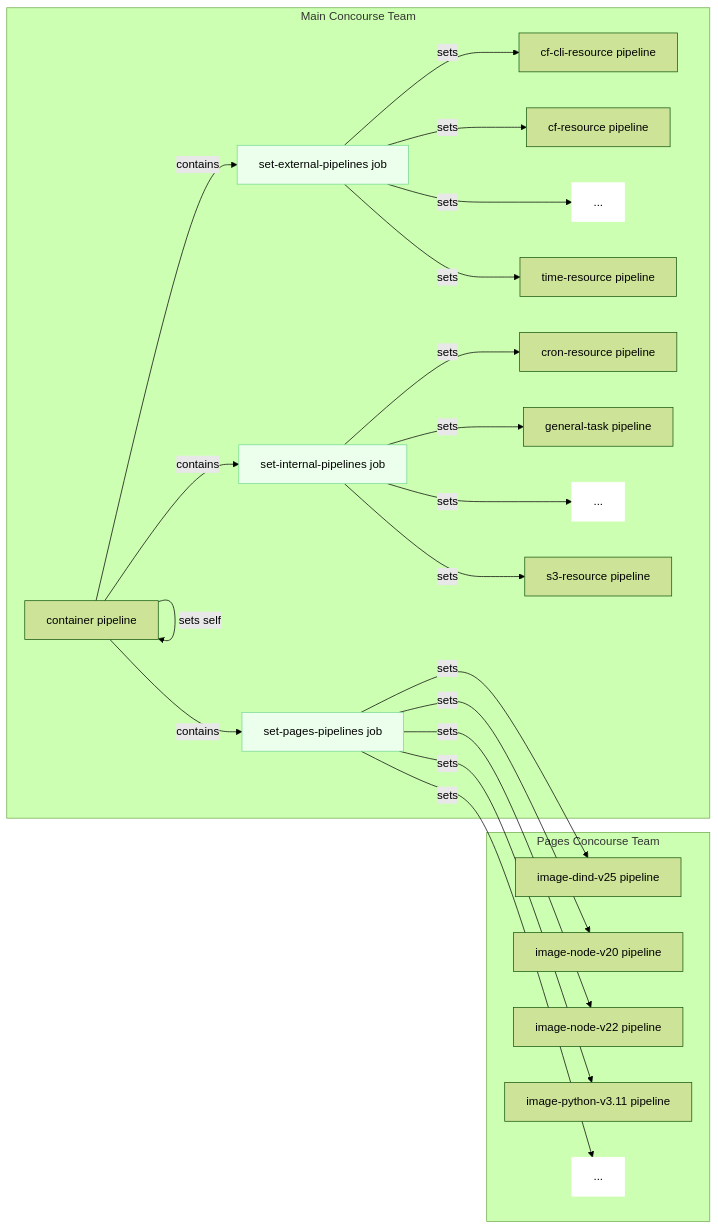
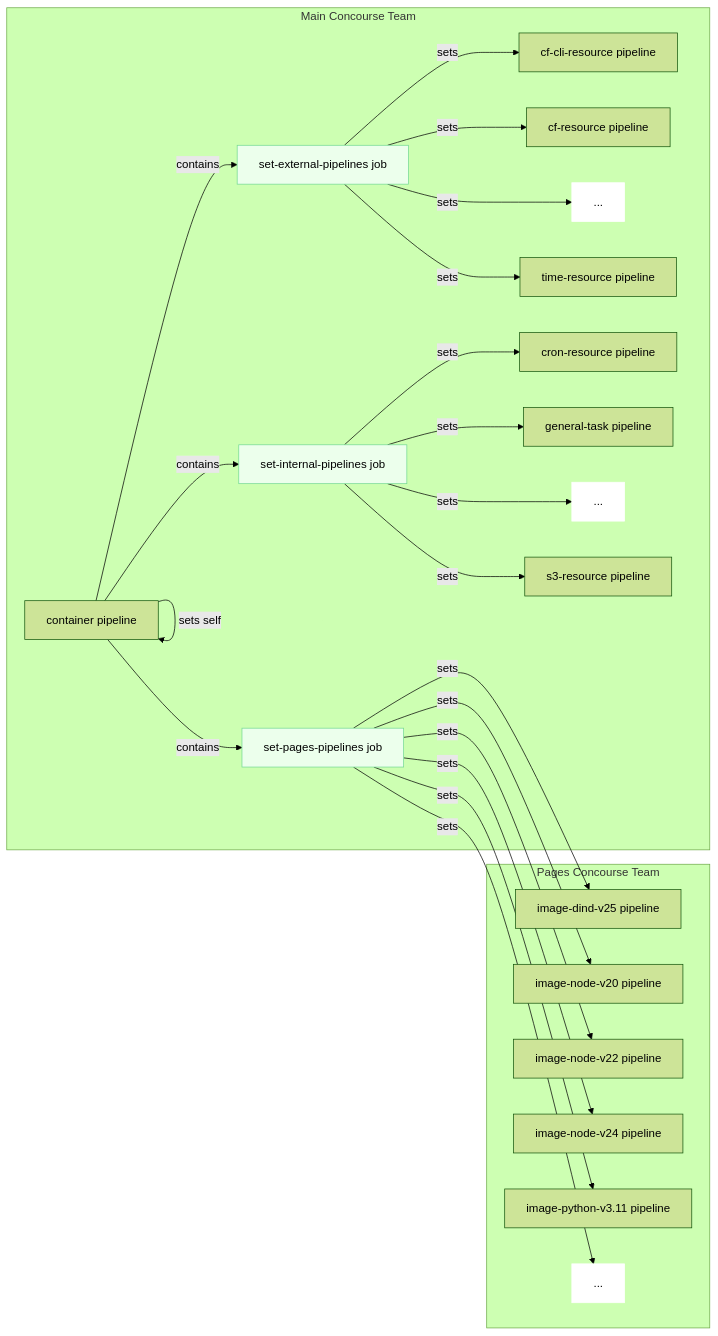
One commit to cloud-gov/common-pipelines changed the diagram in README.md. Above: the diagram before and after it, drawn with Mermaid (forest theme). The commit also changed 2 other files, not shown here.

Commit message:
feat: Add Nodejs v24 container to Pages

````diff
--- a/README.md
+++ b/README.md
@@ -25,30 +25,31 @@
 ```mermaid
 flowchart LR
     classDef ellipses fill:#ffffff,stroke:#ffffff
     classDef job fill:#ecffec,stroke:#73d893
 
     subgraph Main Concourse Team
         container["container pipeline"]
         container -->|sets self| container
         container -->|contains| external["set-external-pipelines job"]:::job
         container -->|contains| internal["set-internal-pipelines job"]:::job
         container -->|contains| pages["set-pages-pipelines job"]:::job
 
         external -->|sets| cf-cli-resource["cf-cli-resource pipeline"]
         external -->|sets| cf-resource["cf-resource pipeline"]
         external -->|sets| external-etc["..."]:::ellipses
         external -->|sets| time-resource["time-resource pipeline"]
         internal -->|sets| cron-resource["cron-resource pipeline"]
         internal -->|sets| general-task["general-task pipeline"]
         internal -->|sets| internal-etc["..."]:::ellipses
         internal -->|sets| s3-resource["s3-resource pipeline"]
     end
 
     subgraph Pages Concourse Team
         pages -->|sets| pages-dind-v25["image-dind-v25 pipeline"]
         pages -->|sets| pages-node-v20["image-node-v20 pipeline"]
         pages -->|sets| pages-node-v22["image-node-v22 pipeline"]
+        pages -->|sets| pages-node-v24["image-node-v24 pipeline"]
         pages -->|sets| pages-python-v3["image-python-v3.11 pipeline"]
         pages -->|sets| pages-etc["..."]:::ellipses
     end
 ```
````
